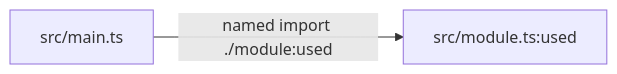
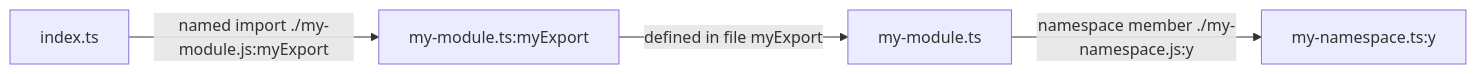
One commit to longlho/longlho.github.io changed the diagram in posts/introducing-codescythe.md. Above: the diagram before and after it, drawn with Mermaid. The commit also changed other lines of this file, not shown here.

````diff
--- a/posts/introducing-codescythe.md
+++ b/posts/introducing-codescythe.md
@@ -57,6 +63,10 @@
 ```mermaid
 flowchart LR
-  n0["src/module.ts:used"]
-  n1["src/main.ts"]
-  n1 -->|"named import ./module:used"| n0
+  n0["index.ts"]
+  n1["my-module.ts"]
+  n2["my-module.ts:myExport"]
+  n3["my-namespace.ts:y"]
+  n2 -->|"defined in file myExport"| n1
+  n0 -->|"named import ./my-module.js:myExport"| n2
+  n1 -->|"namespace member ./my-namespace.js:y"| n3
 ```
````
